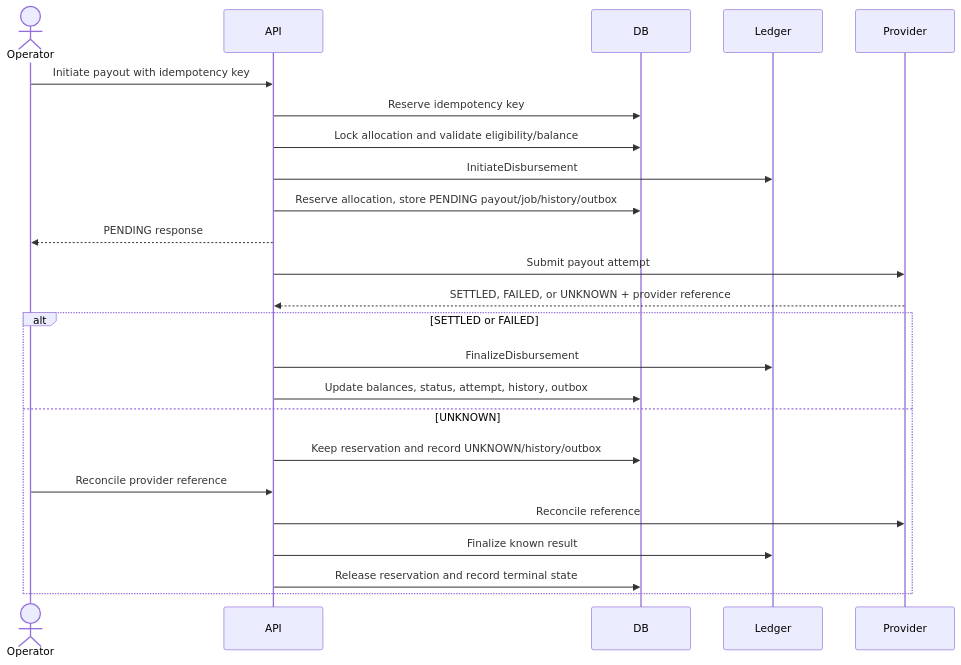
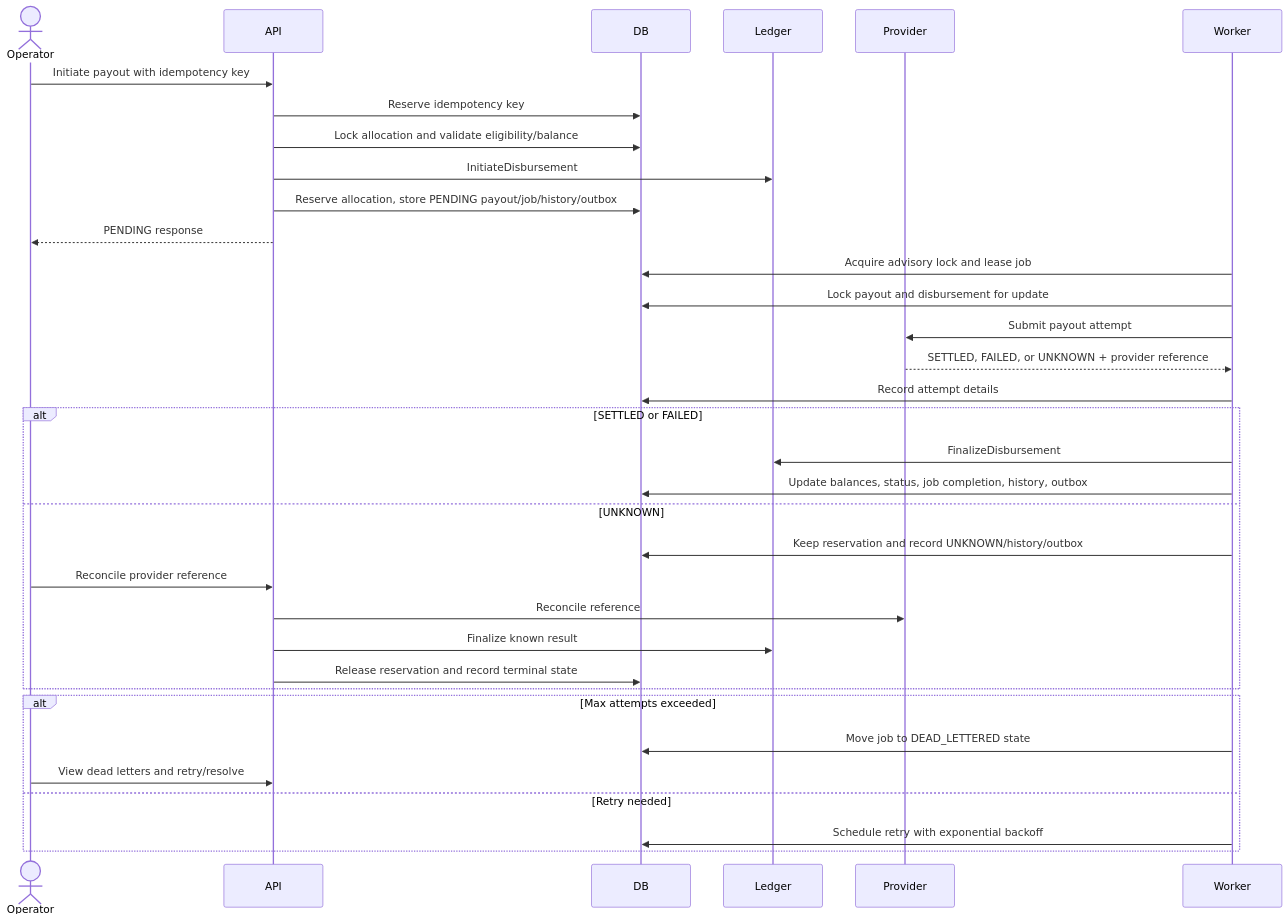
Before and after one commit to kensh1ken/ReliefChain: the fourth of 4 diagrams in ARCHITECTURE-2.md, drawn with Mermaid. The commit also changed other lines of this file and 9 other files, not shown here.

````diff
--- a/ARCHITECTURE-2.md
+++ b/ARCHITECTURE-2.md
@@ -258,26 +285,36 @@
 ```mermaid
 sequenceDiagram
     actor Operator
     participant API
     participant DB
     participant Ledger
     participant Provider
+    participant Worker
     Operator->>API: Initiate payout with idempotency key
     API->>DB: Reserve idempotency key
     API->>DB: Lock allocation and validate eligibility/balance
     API->>Ledger: InitiateDisbursement
     API->>DB: Reserve allocation, store PENDING payout/job/history/outbox
     API-->>Operator: PENDING response
-    API->>Provider: Submit payout attempt
-    Provider-->>API: SETTLED, FAILED, or UNKNOWN + provider reference
+    Worker->>DB: Acquire advisory lock and lease job
+    Worker->>DB: Lock payout and disbursement for update
+    Worker->>Provider: Submit payout attempt
+    Provider-->>Worker: SETTLED, FAILED, or UNKNOWN + provider reference
+    Worker->>DB: Record attempt details
     alt SETTLED or FAILED
-        API->>Ledger: FinalizeDisbursement
-        API->>DB: Update balances, status, attempt, history, outbox
+        Worker->>Ledger: FinalizeDisbursement
+        Worker->>DB: Update balances, status, job completion, history, outbox
     else UNKNOWN
-        API->>DB: Keep reservation and record UNKNOWN/history/outbox
+        Worker->>DB: Keep reservation and record UNKNOWN/history/outbox
         Operator->>API: Reconcile provider reference
         API->>Provider: Reconcile reference
         API->>Ledger: Finalize known result
         API->>DB: Release reservation and record terminal state
     end
+    alt Max attempts exceeded
+        Worker->>DB: Move job to DEAD_LETTERED state
+        Operator->>API: View dead letters and retry/resolve
+    else Retry needed
+        Worker->>DB: Schedule retry with exponential backoff
+    end
 ```
````
